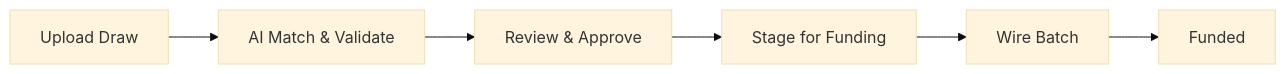
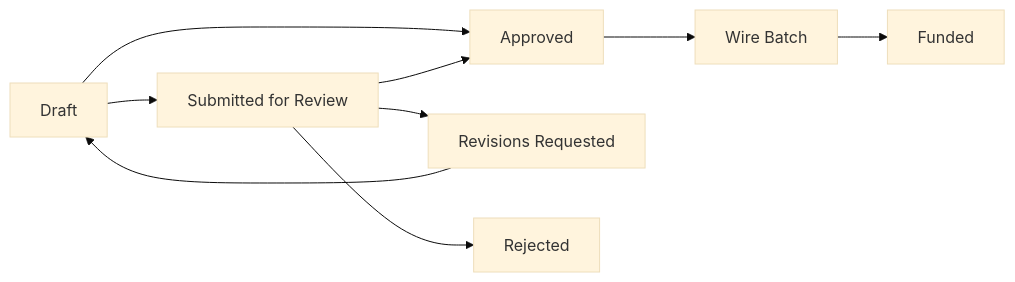
One commit to grysngrhm-tech/TD3-docs changed the third of 4 diagrams in docs/ARCHITECTURE.md. Above: the diagram before and after it, drawn with Mermaid (base theme). The commit also changed other lines of this file and 2 other files, not shown here.

````diff
--- a/docs/ARCHITECTURE.md
+++ b/docs/ARCHITECTURE.md
@@ -120,8 +120,11 @@
 ```mermaid
 flowchart LR
-    A[Upload Draw] --> B[AI Match & Validate]
-    B --> C[Review & Approve]
-    C --> D[Stage for Funding]
+    A[Draft] --> B[Submitted for Review]
+    A --> D[Approved]
+    B --> C[Revisions Requested]
+    C --> A
+    B --> D
+    B --> R[Rejected]
     D --> E[Wire Batch]
     E --> F[Funded]
 ```
````
